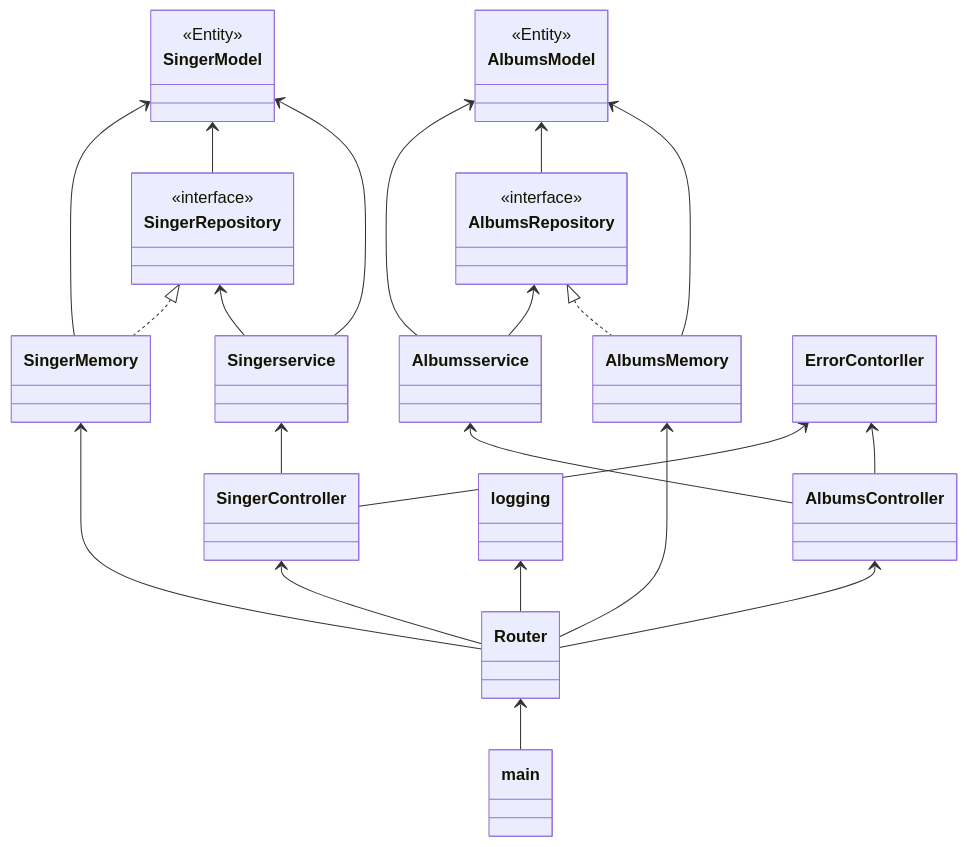
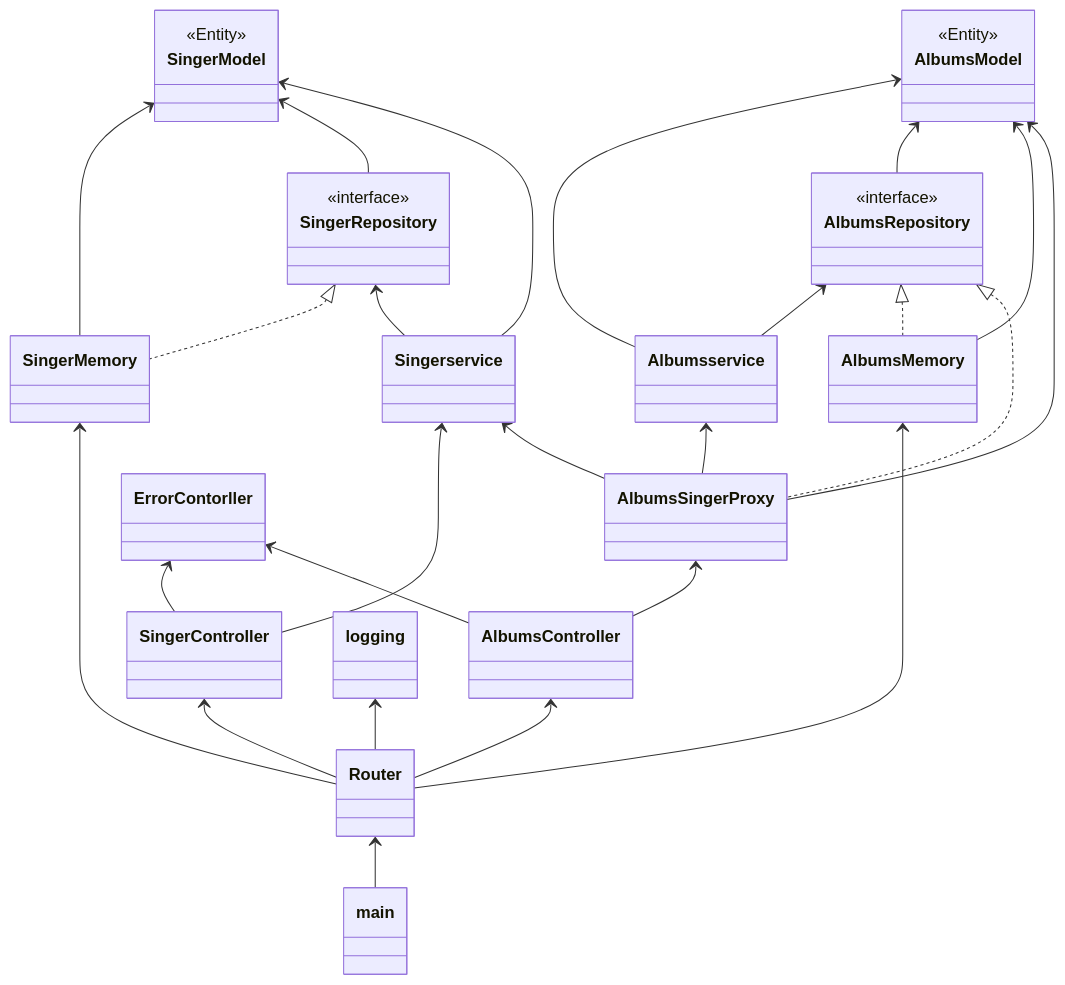
One commit to touka-aoi/server-recruit-challenge-2024 changed the diagram in architecture.md. Above: the diagram before and after it, drawn with Mermaid.

Commit message:
課題4の見通しを立てる

````diff
--- a/architecture.md
+++ b/architecture.md
@@ -1,57 +1,65 @@
 ```mermaid
 classDiagram
 
 class Singerservice
 class SingerRepository
 class SingerModel
 class SingerMemory
 class SingerController
 <<interface>> SingerRepository
 <<Entity>> SingerModel
 
 class Albumsservice
 class AlbumsRepository
 class AlbumsModel
 class AlbumsMemory
 class AlbumsController
 <<interface>> AlbumsRepository
 <<Entity>> AlbumsModel
 
+class AlbumsSingerProxy
+
 class Router
 class logging
 
 class main
 class ErrorContorller
 
 SingerModel <-- SingerMemory
 SingerRepository <|.. SingerMemory
 SingerModel <-- SingerRepository
 SingerModel <-- Singerservice
 SingerRepository <-- Singerservice
 Singerservice <-- SingerController
 ErrorContorller <-- SingerController
 
 ErrorContorller <-- AlbumsController
 
-Albumsservice <-- AlbumsController
+%% Albumsservice <-- AlbumsController
 AlbumsRepository <-- Albumsservice
 AlbumsModel <-- Albumsservice
 AlbumsModel <-- AlbumsRepository
 AlbumsModel <-- AlbumsMemory
 AlbumsRepository <|.. AlbumsMemory
 
+AlbumsSingerProxy <-- AlbumsController
+AlbumsRepository <|.. AlbumsSingerProxy 
+AlbumsModel <-- AlbumsSingerProxy
+Albumsservice <-- AlbumsSingerProxy
+Singerservice <-- AlbumsSingerProxy
+
+logging <-- Router
 SingerMemory <-- Router
 AlbumsMemory <-- Router
 SingerController <-- Router
 AlbumsController <-- Router
 Router <-- main
-logging <-- Router
 
 %% AlbumsRepository <-- AlbumsSingerservice
 %% AlbumsModel <-- AlbumsSingerservice
 %% AlbumsSingerservice <-- AlbumsController
 
 
 
 
 ```
````
